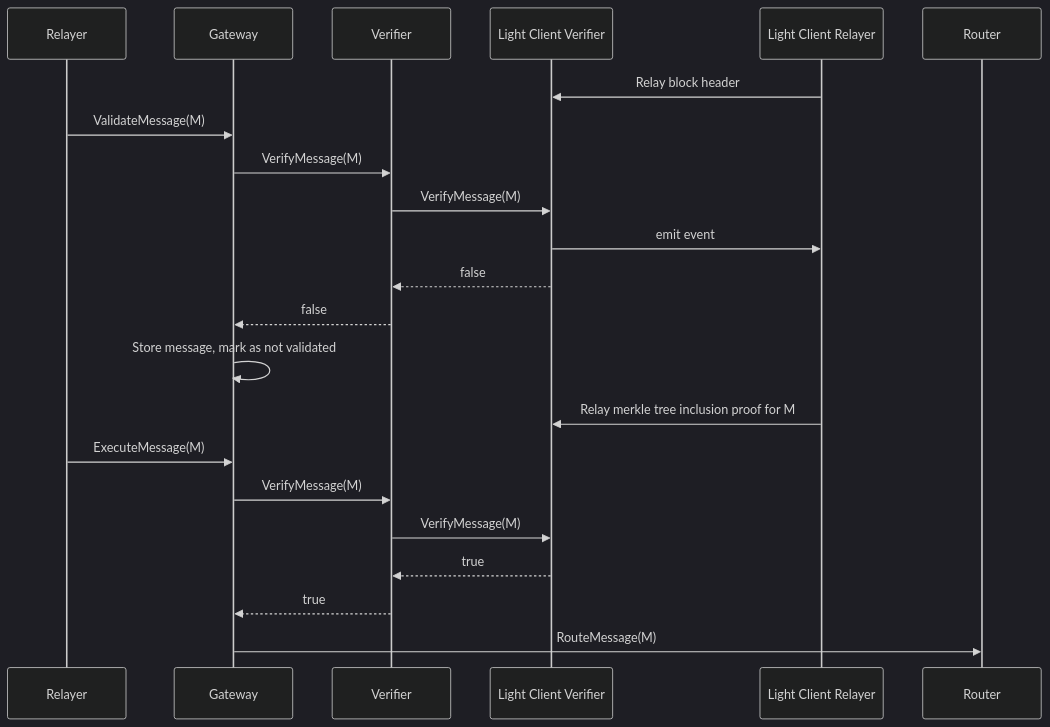
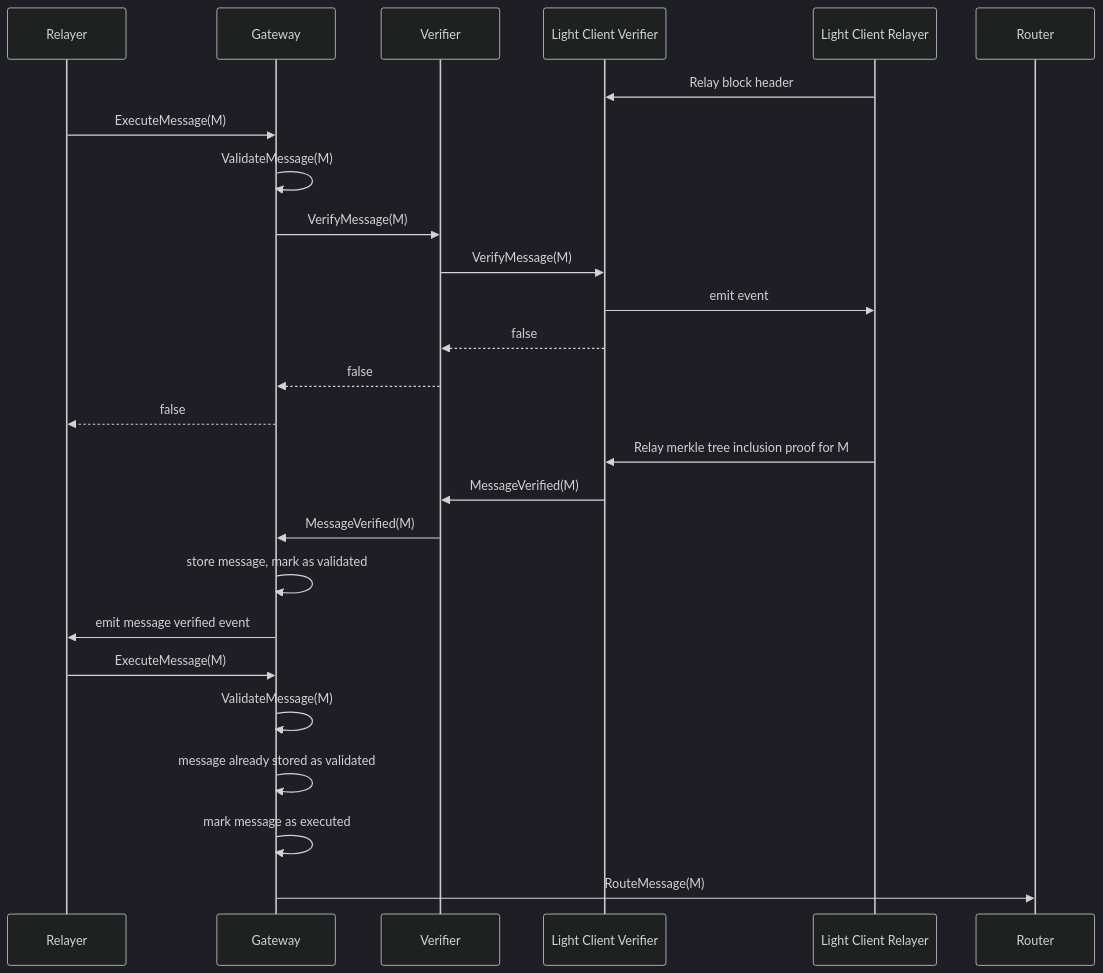
Before and after one commit to axelarnetwork/axelar-amplifier: the seventh of 18 diagrams in README.md, drawn with Mermaid (dark theme). The commit also changed other lines of this file, not shown here.

````diff
--- a/README.md
+++ b/README.md
@@ -236,29 +223,33 @@
 ```mermaid
 sequenceDiagram
     participant Relayer
     participant Gateway
     participant Verifier
     participant Light Client Verifier
     participant Light Client Relayer
     participant Router
 
     Light Client Relayer->>Light Client Verifier: Relay block header
 
-    Relayer->>Gateway: ValidateMessage(M)
+    Relayer->>Gateway: ExecuteMessage(M)
+    Gateway->>Gateway: ValidateMessage(M)
     Gateway->>Verifier: VerifyMessage(M)
     Verifier->>Light Client Verifier: VerifyMessage(M)
     Light Client Verifier->>Light Client Relayer: emit event
     Light Client Verifier-->>Verifier: false
     Verifier-->>Gateway: false
-    Gateway->>Gateway: Store message, mark as not validated
+    Gateway-->>Relayer: false
 
     Light Client Relayer->>Light Client Verifier: Relay merkle tree inclusion proof for M
 
+    Light Client Verifier->>Verifier: MessageVerified(M)
+    Verifier->>Gateway: MessageVerified(M)
+    Gateway->>Gateway: store message, mark as validated
+    Gateway->>Relayer: emit message verified event
+
     Relayer->>Gateway: ExecuteMessage(M)
-    Gateway->>Verifier: VerifyMessage(M)
-    Verifier->>Light Client Verifier: VerifyMessage(M)
-    Light Client Verifier-->>Verifier: true
-    Verifier-->>Gateway: true
+    Gateway->>Gateway: ValidateMessage(M)
+    Gateway->>Gateway: message already stored as validated
+    Gateway->>Gateway: mark message as executed
     Gateway->>Router: RouteMessage(M)
-
 ```
````
